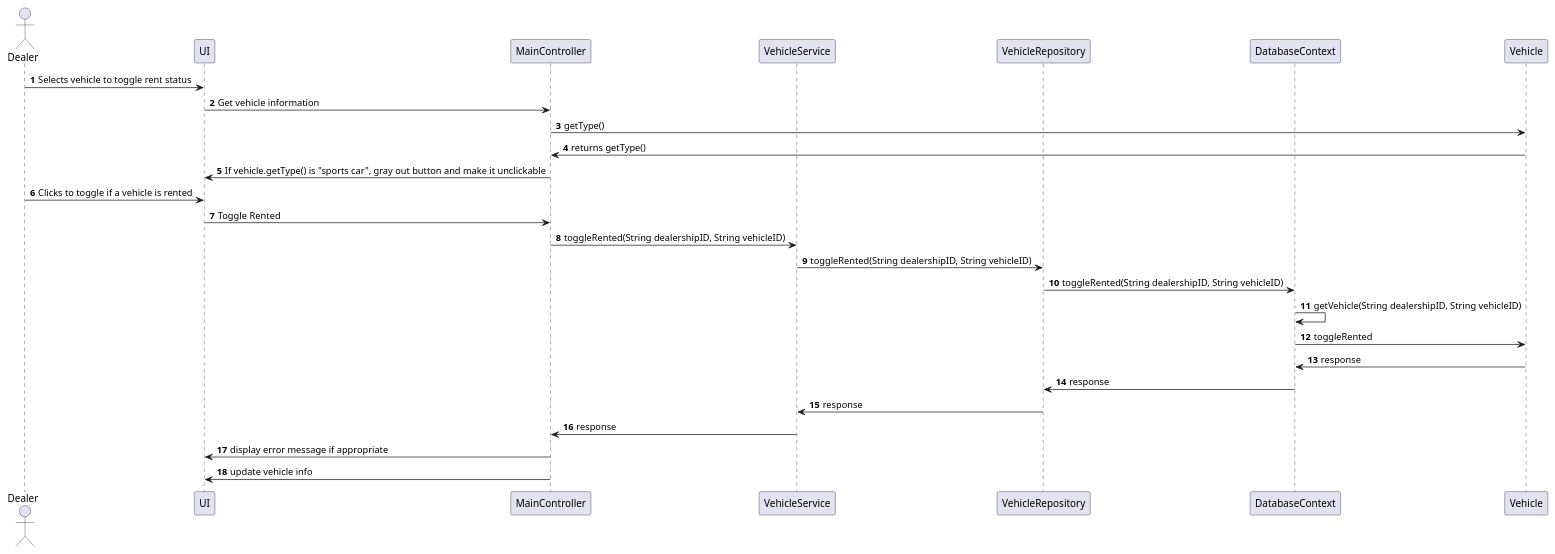
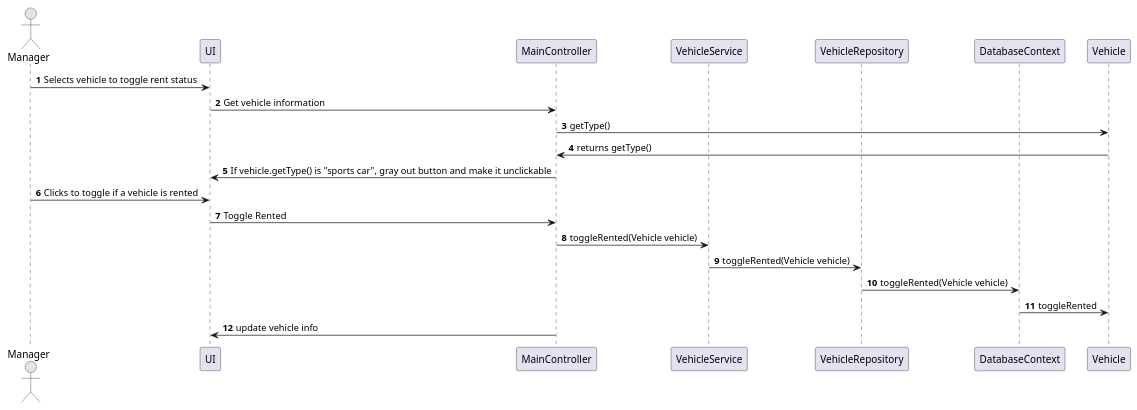
Before and after one commit to joatansampaio/project-1-tracking-system: the diagram in src/diagrams/sequence/SetRented.puml, drawn with PlantUML. The commit also changed 3 other files, not shown here.

Commit message:
Updated sequence diagram and use case

```diff
--- a/src/diagrams/sequence/SetRented.puml
+++ b/src/diagrams/sequence/SetRented.puml
@@ -1,34 +1,28 @@
 @startuml
 'https://plantuml.com/sequence-diagram
 'WIP
 autonumber
 
-actor Dealer
+actor Manager
 participant UI
 participant MainController
 participant VehicleService
 participant VehicleRepository
 participant DatabaseContext
 participant Vehicle
 
-Dealer -> UI: Selects vehicle to toggle rent status
+Manager -> UI: Selects vehicle to toggle rent status
 UI -> MainController: Get vehicle information
 MainController -> Vehicle: getType()
 Vehicle -> MainController: returns getType()
 MainController -> UI: If vehicle.getType() is "sports car", gray out button and make it unclickable
 
 
-Dealer -> UI: Clicks to toggle if a vehicle is rented
+Manager -> UI: Clicks to toggle if a vehicle is rented
 UI -> MainController: Toggle Rented
-MainController -> VehicleService: toggleRented(String dealershipID, String vehicleID)
-VehicleService -> VehicleRepository: toggleRented(String dealershipID, String vehicleID)
-VehicleRepository -> DatabaseContext: toggleRented(String dealershipID, String vehicleID)
-DatabaseContext -> DatabaseContext: getVehicle(String dealershipID, String vehicleID)
+MainController -> VehicleService: toggleRented(Vehicle vehicle)
+VehicleService -> VehicleRepository: toggleRented(Vehicle vehicle)
+VehicleRepository -> DatabaseContext: toggleRented(Vehicle vehicle)
 DatabaseContext -> Vehicle: toggleRented
-Vehicle -> DatabaseContext: response
-DatabaseContext -> VehicleRepository: response
-VehicleRepository -> VehicleService: response
-VehicleService -> MainController: response
-MainController -> UI: display error message if appropriate
 MainController -> UI: update vehicle info
 @enduml
```
